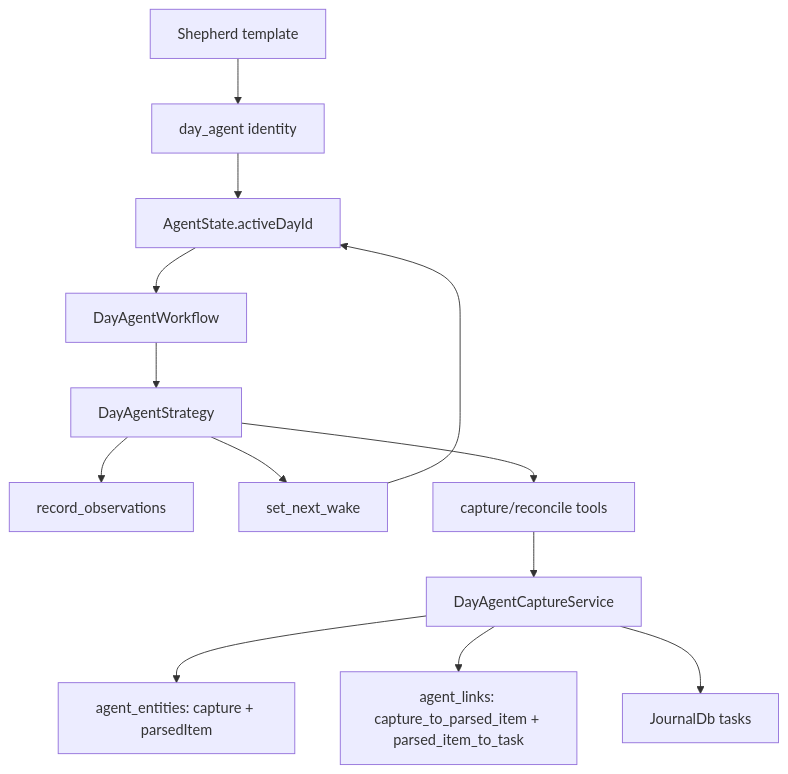
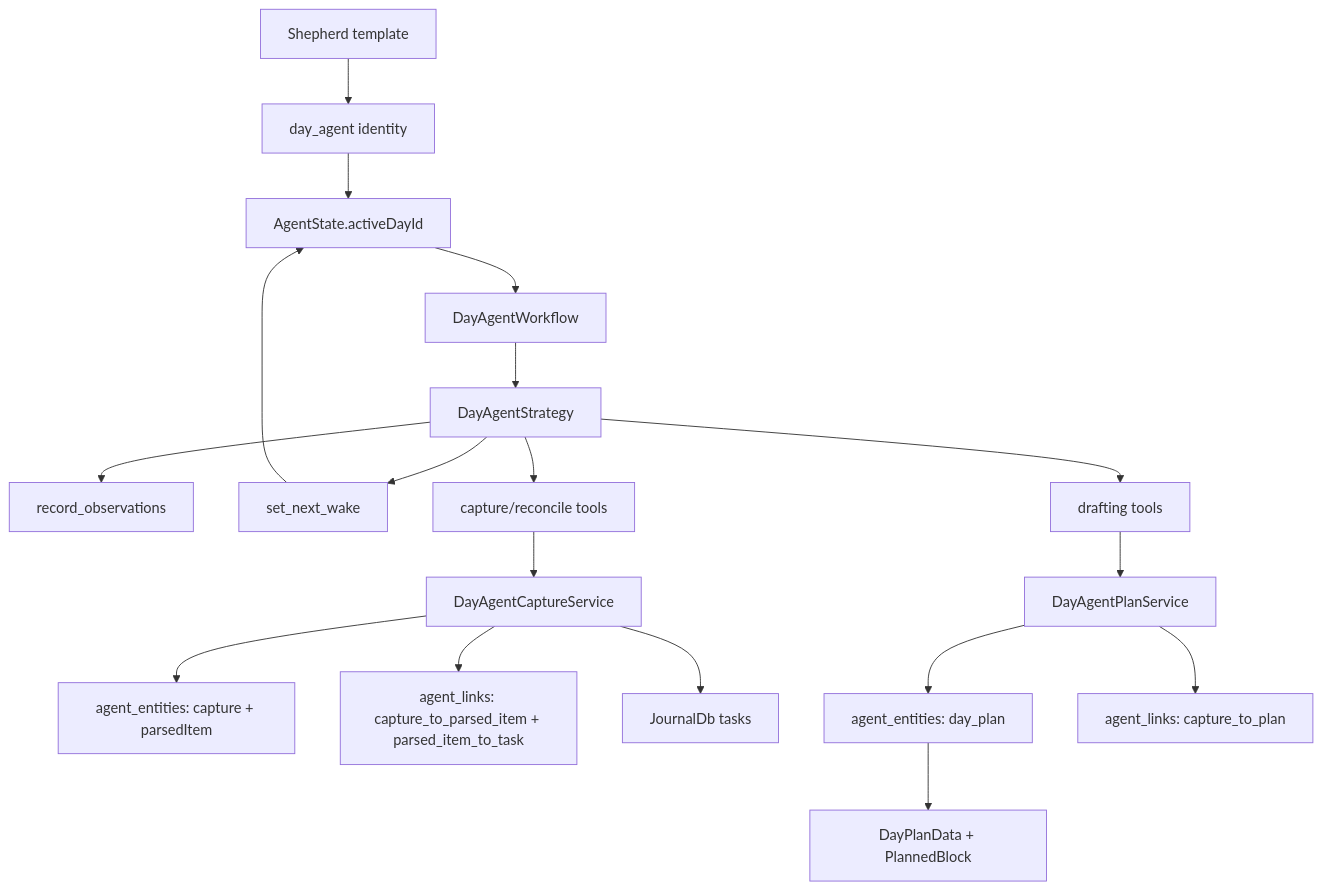
The first of 2 diagrams in lib/features/daily_os_next/README.md (matthiasn/lotti), drawn with Mermaid before and after one commit. The commit also changed other lines of this file and 36 other files, not shown here.

````diff
--- a/lib/features/daily_os_next/README.md
+++ b/lib/features/daily_os_next/README.md
@@ -20,15 +20,20 @@
 ```mermaid
 flowchart TD
   Template["Shepherd template"] --> Identity["day_agent identity"]
   Identity --> State["AgentState.activeDayId"]
   State --> Wake["DayAgentWorkflow"]
   Wake --> Strategy["DayAgentStrategy"]
   Strategy --> Observe["record_observations"]
   Strategy --> Schedule["set_next_wake"]
   Strategy --> CaptureTools["capture/reconcile tools"]
   CaptureTools --> CaptureService["DayAgentCaptureService"]
   CaptureService --> Entities["agent_entities: capture + parsedItem"]
   CaptureService --> Links["agent_links: capture_to_parsed_item + parsed_item_to_task"]
   CaptureService --> Tasks["JournalDb tasks"]
+  Strategy --> PlanTools["drafting tools"]
+  PlanTools --> PlanService["DayAgentPlanService"]
+  PlanService --> DayPlan["agent_entities: day_plan"]
+  PlanService --> PlanLinks["agent_links: capture_to_plan"]
+  DayPlan --> SharedModel["DayPlanData + PlannedBlock"]
   Schedule --> State
 ```
````
